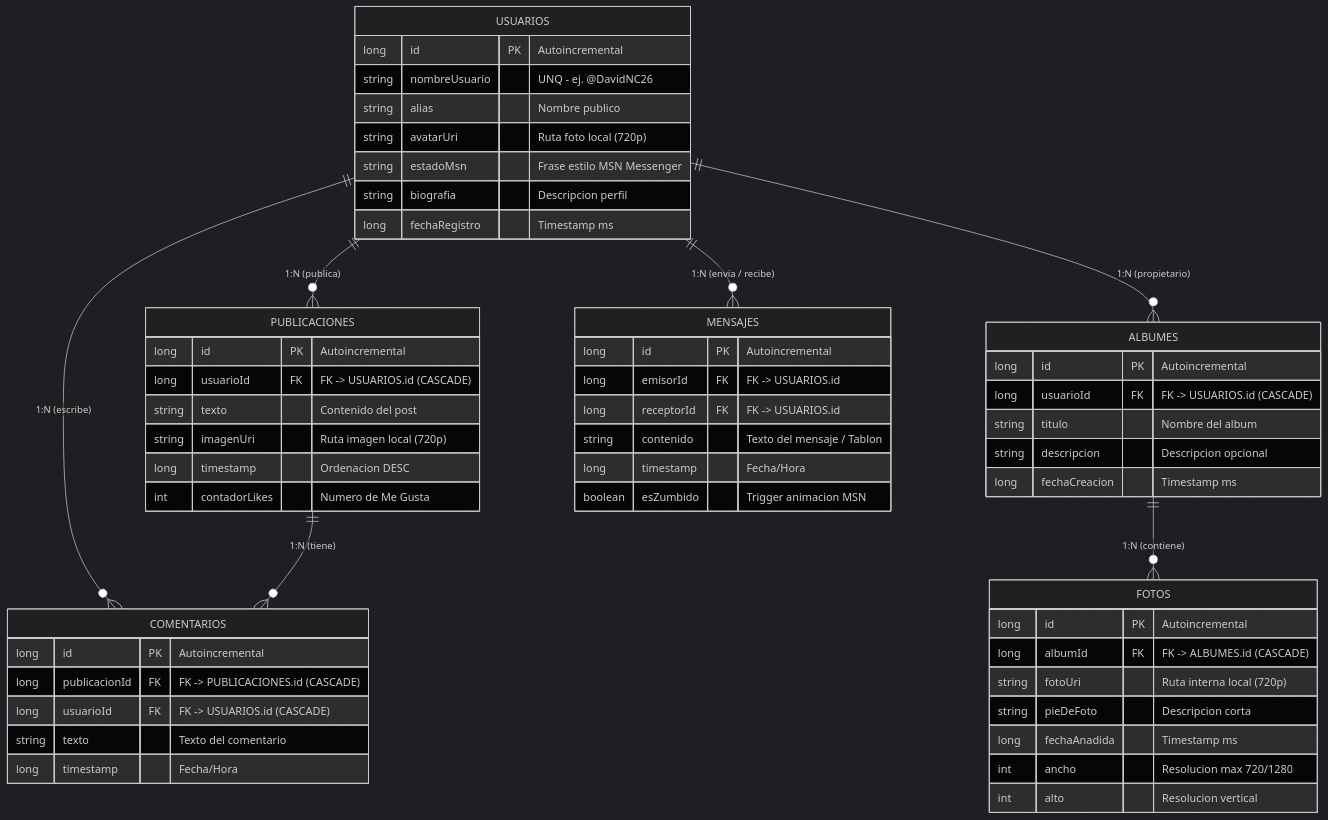
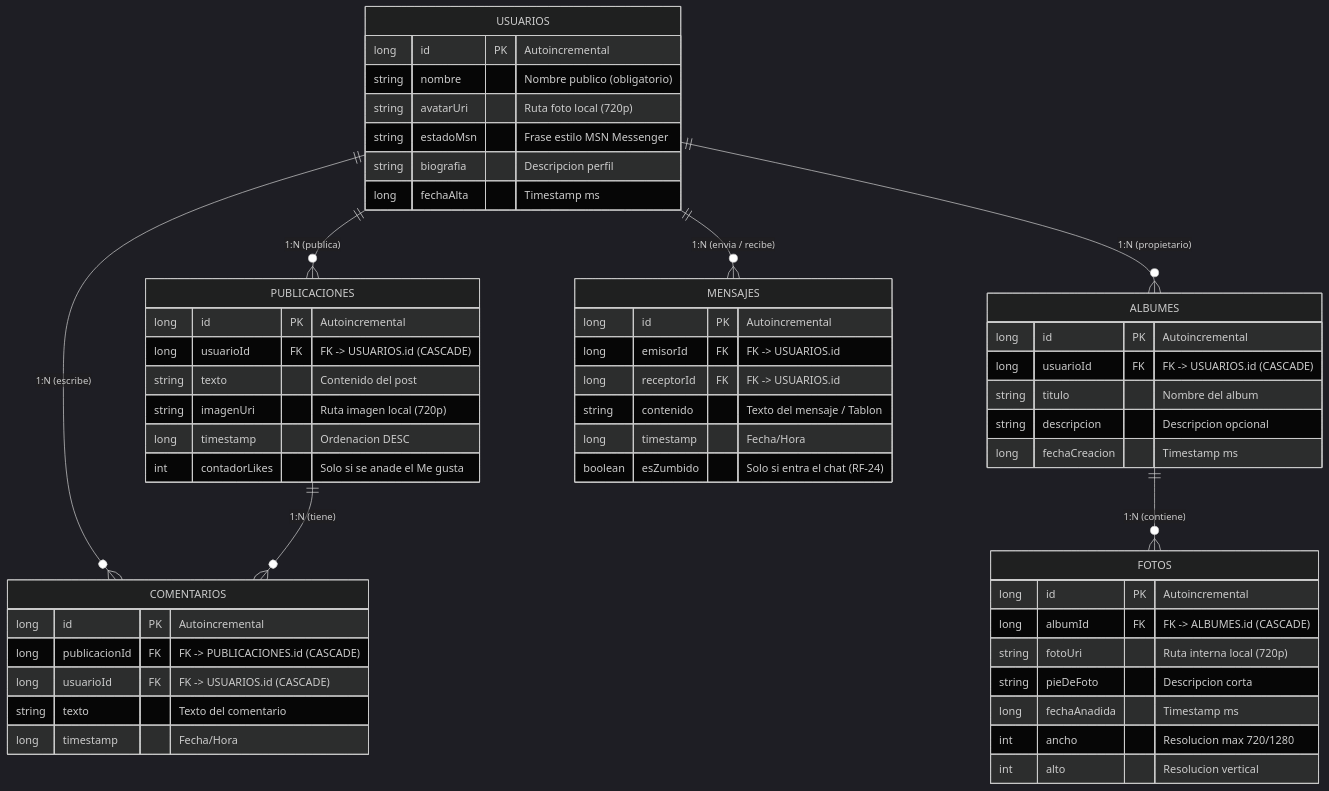
The diagram in docs/datos/esquemadatos.md (yeray06/Retroconver), drawn with Mermaid (dark theme) before and after one commit. The commit also changed other lines of this file and 3 other files, not shown here.

````diff
--- a/docs/datos/esquemadatos.md
+++ b/docs/datos/esquemadatos.md
@@ -14,63 +14,62 @@
 ```mermaid
 erDiagram
     USUARIOS ||--o{ PUBLICACIONES : "1:N (publica)"
     USUARIOS ||--o{ COMENTARIOS : "1:N (escribe)"
     USUARIOS ||--o{ ALBUMES : "1:N (propietario)"
     USUARIOS ||--o{ MENSAJES : "1:N (envia / recibe)"
     PUBLICACIONES ||--o{ COMENTARIOS : "1:N (tiene)"
     ALBUMES ||--o{ FOTOS : "1:N (contiene)"
 
     USUARIOS {
         long id PK "Autoincremental"
-        string nombreUsuario "UNQ - ej. @DavidNC26"
-        string alias "Nombre publico"
+        string nombre "Nombre publico (obligatorio)"
         string avatarUri "Ruta foto local (720p)"
         string estadoMsn "Frase estilo MSN Messenger"
         string biografia "Descripcion perfil"
-        long fechaRegistro "Timestamp ms"
+        long fechaAlta "Timestamp ms"
     }
 
     PUBLICACIONES {
         long id PK "Autoincremental"
         long usuarioId FK "FK -> USUARIOS.id (CASCADE)"
         string texto "Contenido del post"
         string imagenUri "Ruta imagen local (720p)"
         long timestamp "Ordenacion DESC"
-        int contadorLikes "Numero de Me Gusta"
+        int contadorLikes "Solo si se anade el Me gusta"
     }
 
     COMENTARIOS {
         long id PK "Autoincremental"
         long publicacionId FK "FK -> PUBLICACIONES.id (CASCADE)"
         long usuarioId FK "FK -> USUARIOS.id (CASCADE)"
         string texto "Texto del comentario"
         long timestamp "Fecha/Hora"
     }
 
     ALBUMES {
         long id PK "Autoincremental"
         long usuarioId FK "FK -> USUARIOS.id (CASCADE)"
         string titulo "Nombre del album"
         string descripcion "Descripcion opcional"
         long fechaCreacion "Timestamp ms"
     }
 
     FOTOS {
         long id PK "Autoincremental"
         long albumId FK "FK -> ALBUMES.id (CASCADE)"
         string fotoUri "Ruta interna local (720p)"
         string pieDeFoto "Descripcion corta"
         long fechaAnadida "Timestamp ms"
         int ancho "Resolucion max 720/1280"
         int alto "Resolucion vertical"
     }
 
     MENSAJES {
         long id PK "Autoincremental"
         long emisorId FK "FK -> USUARIOS.id"
         long receptorId FK "FK -> USUARIOS.id"
         string contenido "Texto del mensaje / Tablon"
         long timestamp "Fecha/Hora"
-        boolean esZumbido "Trigger animacion MSN"
+        boolean esZumbido "Solo si entra el chat (RF-24)"
     }
 ```
````
